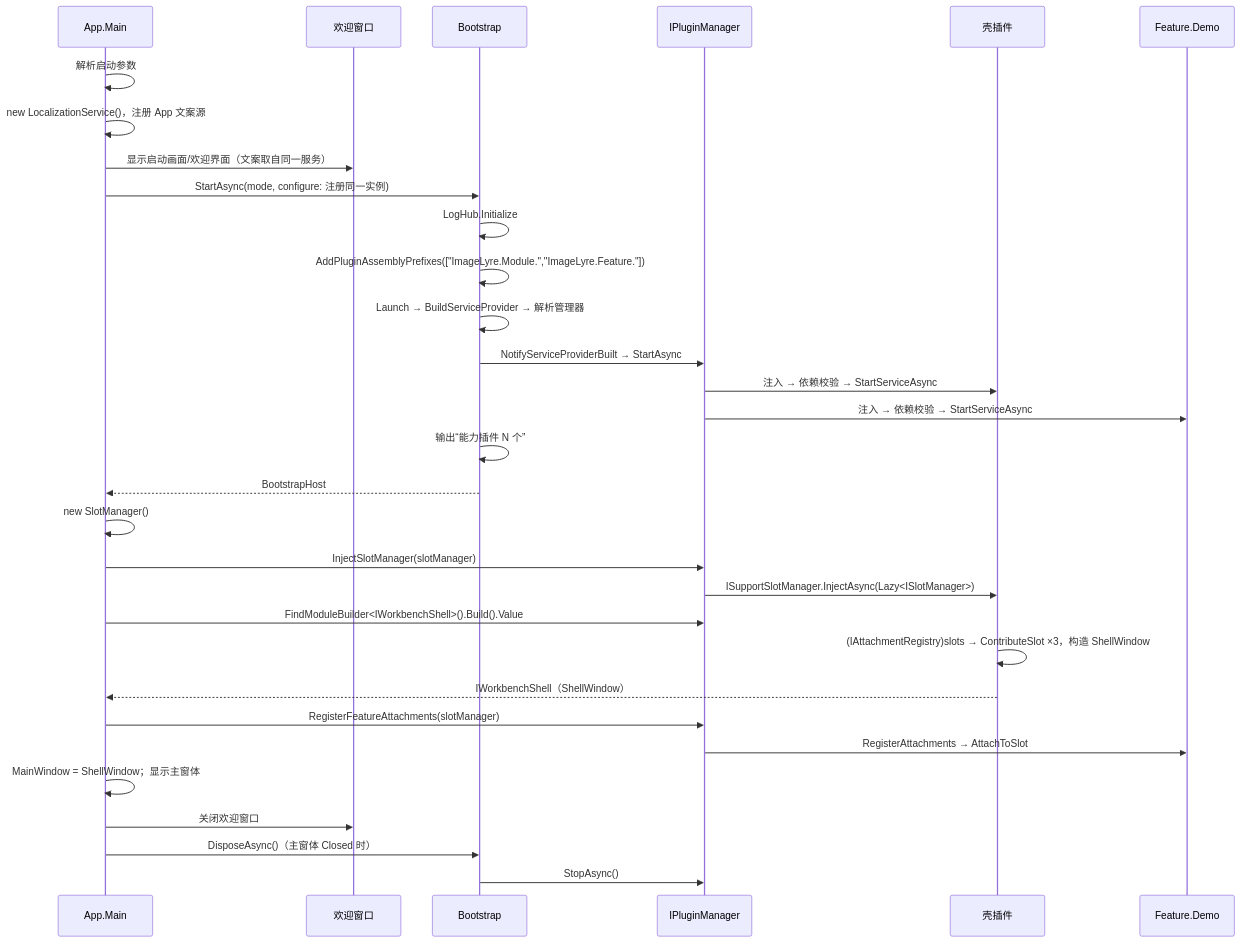
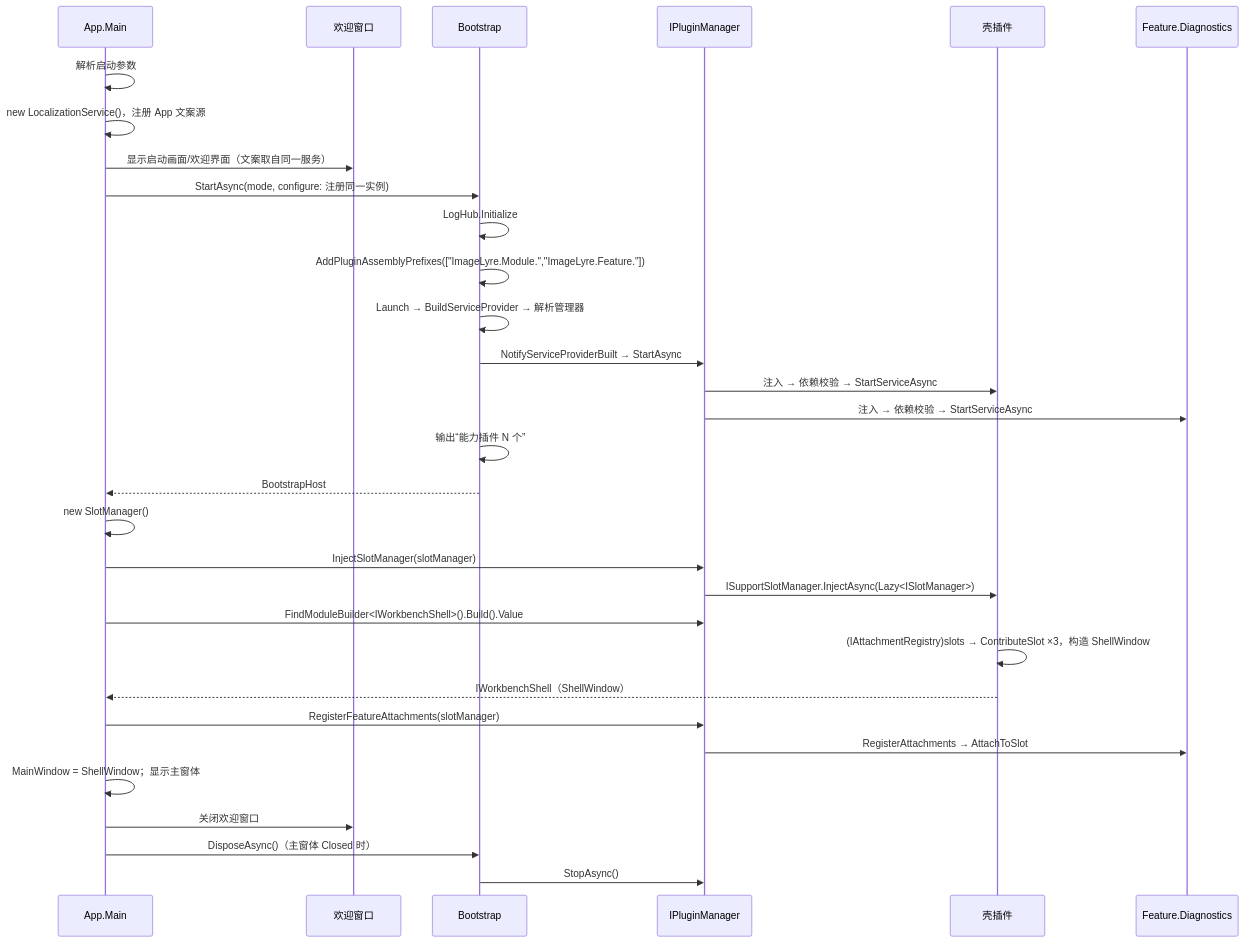
One commit to xknife-erian/ImageLyre changed the second of 2 diagrams in docs/design/lukan/DESIGN-0001-M1-插件骨架.md. Above: the diagram before and after it, drawn with Mermaid. The commit also changed other lines of this file and 1 other file, not shown here.

````diff
--- a/docs/design/lukan/DESIGN-0001-M1-插件骨架.md
+++ b/docs/design/lukan/DESIGN-0001-M1-插件骨架.md
@@ -133,34 +140,34 @@
 ```mermaid
 sequenceDiagram
     participant Entry as App.Main
     participant Welcome as 欢迎窗口
     participant Boot as Bootstrap
     participant Mgr as IPluginManager
     participant Shell as 壳插件
-    participant Feat as Feature.Demo
+    participant Feat as Feature.Diagnostics
 
     Entry->>Entry: 解析启动参数
     Entry->>Entry: new LocalizationService()，注册 App 文案源
     Entry->>Welcome: 显示启动画面/欢迎界面（文案取自同一服务）
     Entry->>Boot: StartAsync(mode, configure: 注册同一实例)
     Boot->>Boot: LogHub.Initialize
     Boot->>Boot: AddPluginAssemblyPrefixes(["ImageLyre.Module.","ImageLyre.Feature."])
     Boot->>Boot: Launch → BuildServiceProvider → 解析管理器
     Boot->>Mgr: NotifyServiceProviderBuilt → StartAsync
     Mgr->>Shell: 注入 → 依赖校验 → StartServiceAsync
     Mgr->>Feat: 注入 → 依赖校验 → StartServiceAsync
     Boot->>Boot: 输出“能力插件 N 个”
     Boot-->>Entry: BootstrapHost
     Entry->>Entry: new SlotManager()
     Entry->>Mgr: InjectSlotManager(slotManager)
     Mgr->>Shell: ISupportSlotManager.InjectAsync(Lazy<ISlotManager>)
     Entry->>Mgr: FindModuleBuilder<IWorkbenchShell>().Build().Value
     Shell->>Shell: (IAttachmentRegistry)slots → ContributeSlot ×3，构造 ShellWindow
     Shell-->>Entry: IWorkbenchShell（ShellWindow）
     Entry->>Mgr: RegisterFeatureAttachments(slotManager)
     Mgr->>Feat: RegisterAttachments → AttachToSlot
     Entry->>Entry: MainWindow = ShellWindow；显示主窗体
     Entry->>Welcome: 关闭欢迎窗口
     Entry->>Boot: DisposeAsync()（主窗体 Closed 时）
     Boot->>Mgr: StopAsync()
 ```
````
